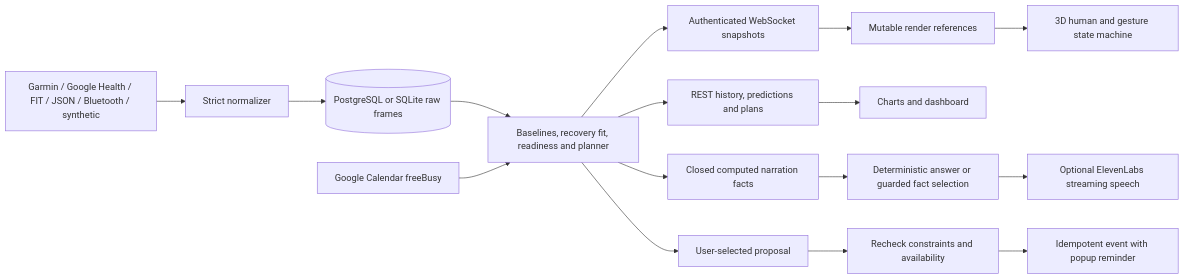
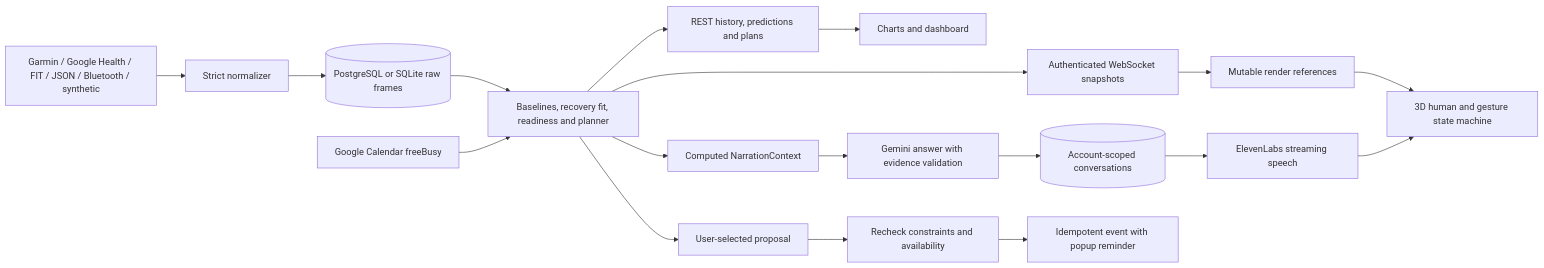
The diagram in docs/ARCHITECTURE.md (HackRice2026/BioTwin), drawn with Mermaid before and after one commit. The commit also changed other lines of this file and 4 other files, not shown here.

````diff
--- a/docs/ARCHITECTURE.md
+++ b/docs/ARCHITECTURE.md
@@ -5,18 +5,20 @@
 ```mermaid
 flowchart LR
     A[Garmin / Google Health / FIT / JSON / Bluetooth / synthetic] --> N[Strict normalizer]
     N --> S[(PostgreSQL or SQLite raw frames)]
     S --> M[Baselines, recovery fit, readiness and planner]
     M --> W[Authenticated WebSocket snapshots]
     W --> R[Mutable render references]
     R --> T[3D human and gesture state machine]
     M --> H[REST history, predictions and plans]
     H --> C[Charts and dashboard]
-    M --> F[Closed computed narration facts]
-    F --> G[Deterministic answer or guarded fact selection]
-    G --> E[Optional ElevenLabs streaming speech]
+    M --> F[Computed NarrationContext]
+    F --> G[Gemini answer with evidence validation]
+    G --> X[(Account-scoped conversations)]
+    X --> E[ElevenLabs streaming speech]
+    E --> T
     P[Google Calendar freeBusy] --> M
     M --> Q[User-selected proposal]
     Q --> V[Recheck constraints and availability]
     V --> I[Idempotent event with popup reminder]
 ```
````
